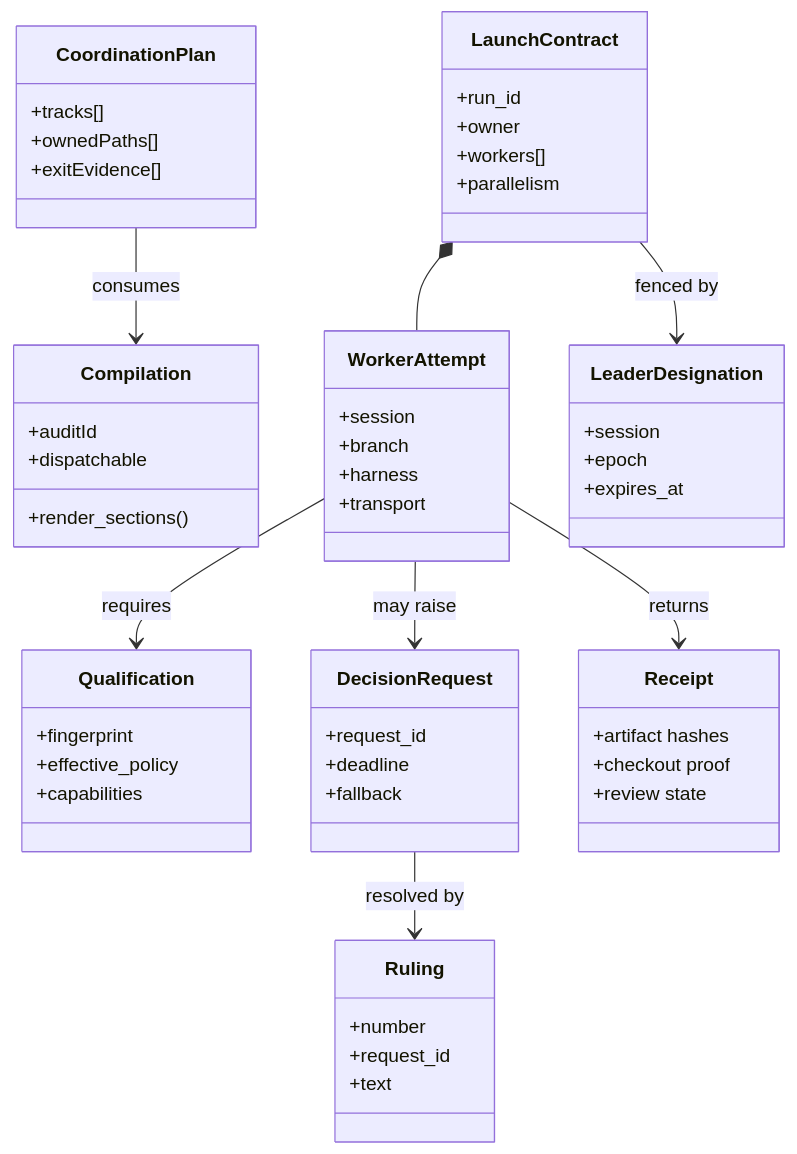
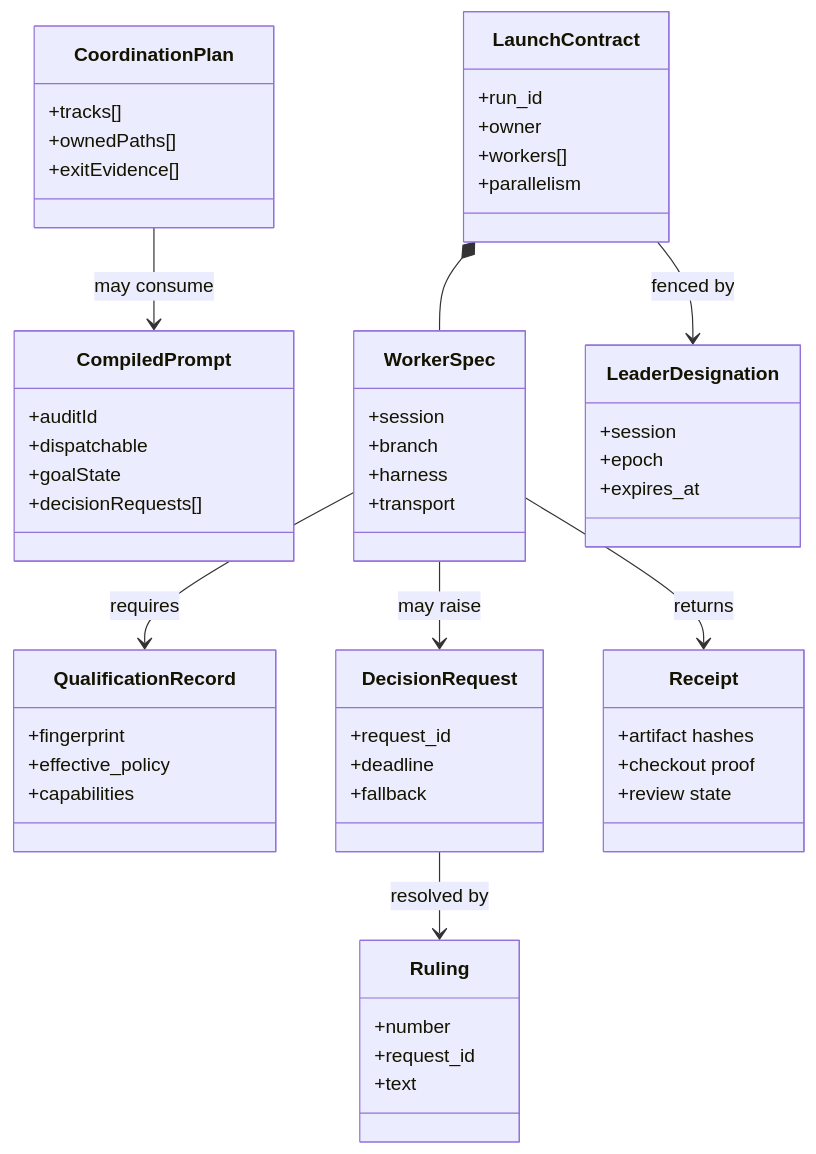
Before and after one commit to timianmalloo/ai-forward: the third of 5 diagrams in docs/architecture-multi-harness-coordination.md, drawn with Mermaid. The commit also changed other lines of this file and 4 other files, not shown here.

Commit message:
docs: clarify prompt-to-coordination flow

````diff
--- a/docs/architecture-multi-harness-coordination.md
+++ b/docs/architecture-multi-harness-coordination.md
@@ -188,58 +197,59 @@
 ```mermaid
 classDiagram
-  class Compilation {
+  class CompiledPrompt {
     +auditId
     +dispatchable
-    +render_sections()
+    +goalState
+    +decisionRequests[]
   }
   class CoordinationPlan {
     +tracks[]
     +ownedPaths[]
     +exitEvidence[]
   }
   class LaunchContract {
     +run_id
     +owner
     +workers[]
     +parallelism
   }
-  class WorkerAttempt {
+  class WorkerSpec {
     +session
     +branch
     +harness
     +transport
   }
-  class Qualification {
+  class QualificationRecord {
     +fingerprint
     +effective_policy
     +capabilities
   }
   class DecisionRequest {
     +request_id
     +deadline
     +fallback
   }
   class Ruling {
     +number
     +request_id
     +text
   }
   class Receipt {
     +artifact hashes
     +checkout proof
     +review state
   }
   class LeaderDesignation {
     +session
     +epoch
     +expires_at
   }
 
-  CoordinationPlan --> Compilation : consumes
-  LaunchContract *-- WorkerAttempt
-  WorkerAttempt --> Qualification : requires
-  WorkerAttempt --> DecisionRequest : may raise
+  CoordinationPlan --> CompiledPrompt : may consume
+  LaunchContract *-- WorkerSpec
+  WorkerSpec --> QualificationRecord : requires
+  WorkerSpec --> DecisionRequest : may raise
   DecisionRequest --> Ruling : resolved by
-  WorkerAttempt --> Receipt : returns
+  WorkerSpec --> Receipt : returns
   LaunchContract --> LeaderDesignation : fenced by
 ```
````
